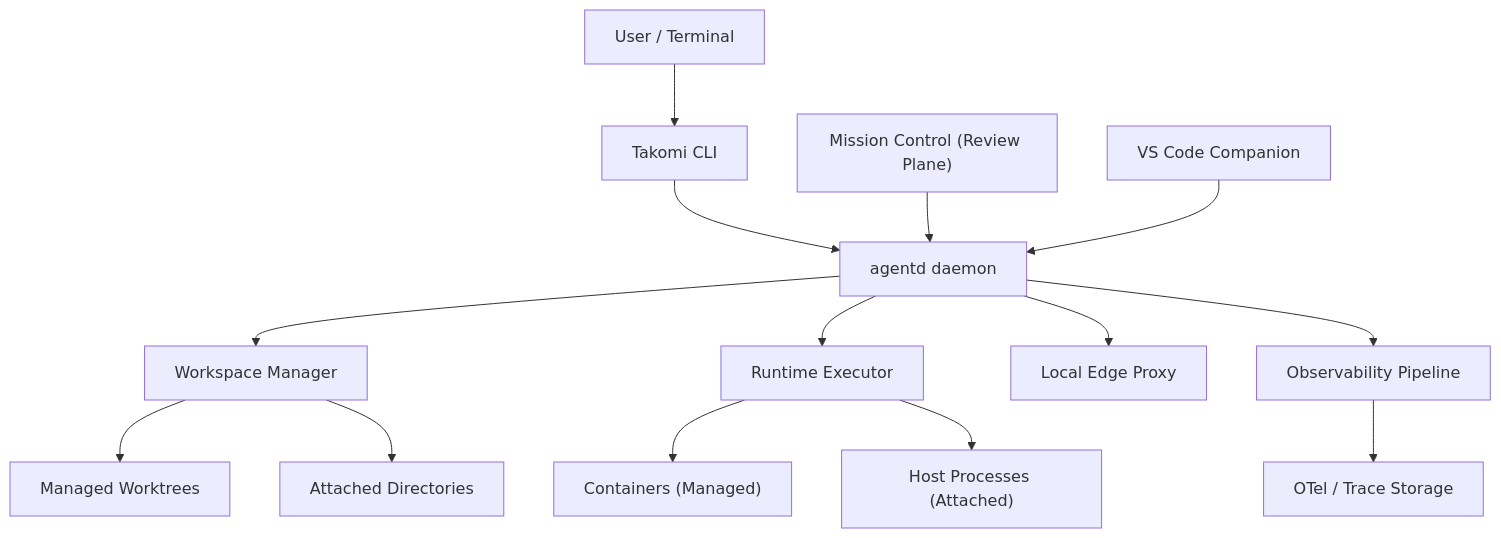
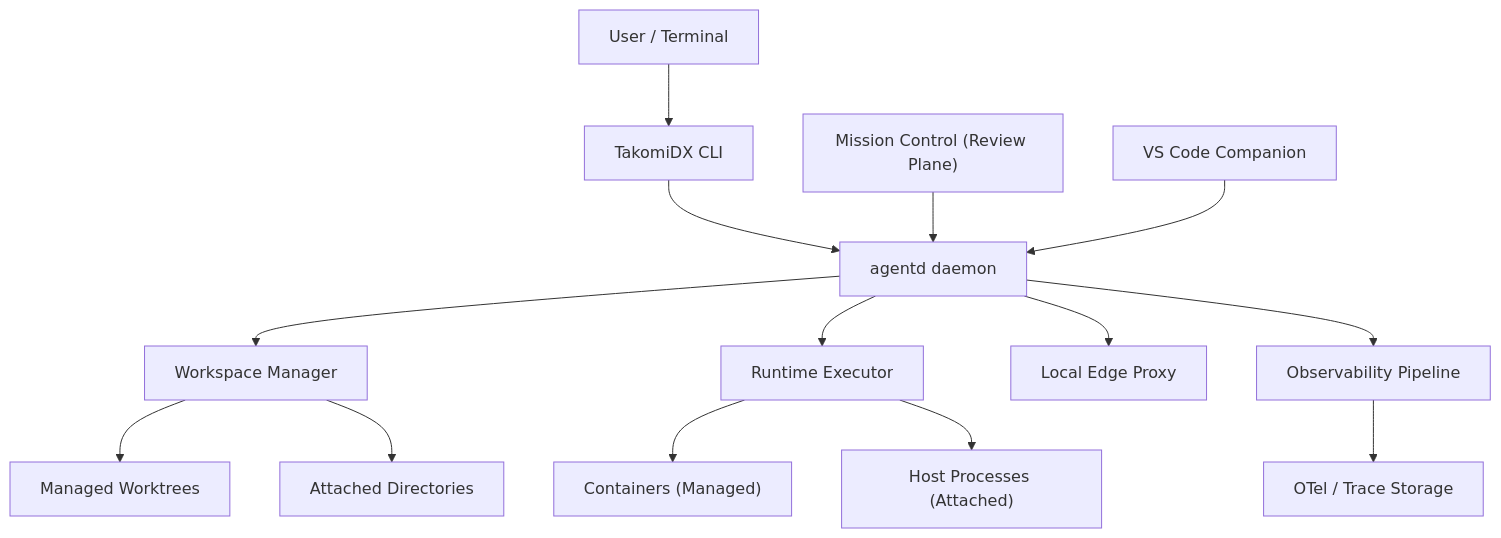
One commit to JStaRFilms/TakomiDX changed the first of 4 diagrams in docs/features/TakomiDX_Agent_Workspace_Platform_Spec.md. Above: the diagram before and after it, drawn with Mermaid. The commit also changed other lines of this file and 14 other files, not shown here.

````diff
--- a/docs/features/TakomiDX_Agent_Workspace_Platform_Spec.md
+++ b/docs/features/TakomiDX_Agent_Workspace_Platform_Spec.md
@@ -106,20 +106,20 @@
 ```mermaid
 flowchart TD
-    U["User / Terminal"] --> CLI["Takomi CLI"]
+    U["User / Terminal"] --> CLI["TakomiDX CLI"]
     CLI --> AD["agentd daemon"]
     MC["Mission Control (Review Plane)"] --> AD
     IDE["VS Code Companion"] --> AD
     
     AD --> WM["Workspace Manager"]
     AD --> RT["Runtime Executor"]
     AD --> PX["Local Edge Proxy"]
     
     WM --> GW["Managed Worktrees"]
     WM --> AT["Attached Directories"]
     
     RT --> CT["Containers (Managed)"]
     RT --> HP["Host Processes (Attached)"]
     
     AD --> OBS["Observability Pipeline"]
     OBS --> OT["OTel / Trace Storage"]
 ```
````
